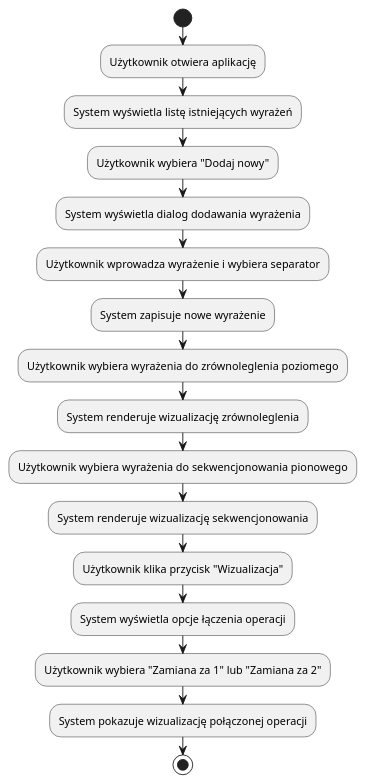
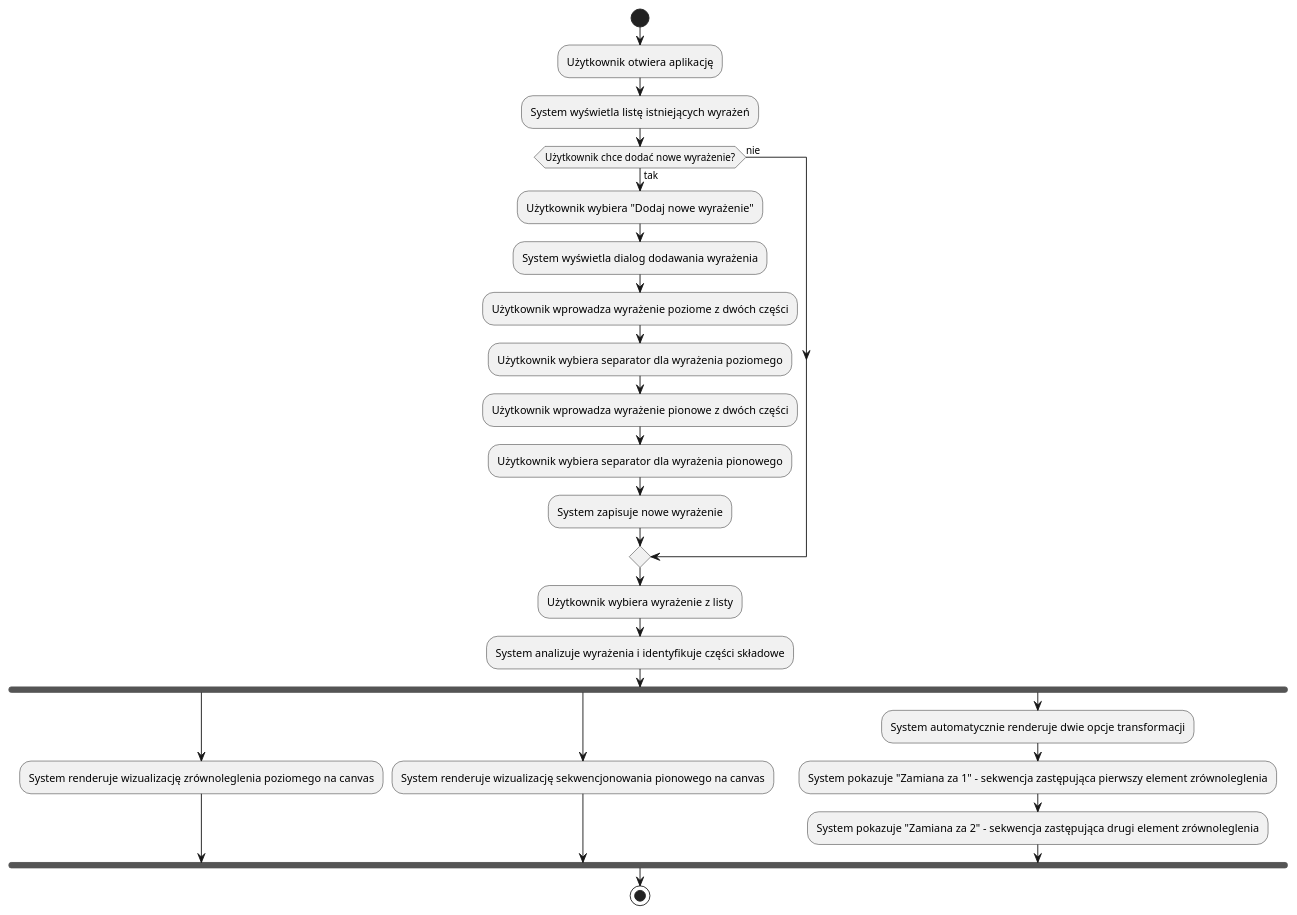
Before and after one commit to miluski/Uniterm: the diagram in documentation/diagrams/activity/diagram.wsd, drawn with PlantUML. The commit also changed 25 other files, not shown here.

```diff
--- a/documentation/diagrams/activity/diagram.wsd
+++ b/documentation/diagrams/activity/diagram.wsd
@@ -1,18 +1,29 @@
 @startuml
 start
 :Użytkownik otwiera aplikację;
 :System wyświetla listę istniejących wyrażeń;
-:Użytkownik wybiera "Dodaj nowy";
-:System wyświetla dialog dodawania wyrażenia;
-:Użytkownik wprowadza wyrażenie i wybiera separator;
-:System zapisuje nowe wyrażenie;
-:Użytkownik wybiera wyrażenia do zrównoleglenia poziomego;
-:System renderuje wizualizację zrównoleglenia;
-:Użytkownik wybiera wyrażenia do sekwencjonowania pionowego;
-:System renderuje wizualizację sekwencjonowania;
-:Użytkownik klika przycisk "Wizualizacja";
-:System wyświetla opcje łączenia operacji;
-:Użytkownik wybiera "Zamiana za 1" lub "Zamiana za 2";
-:System pokazuje wizualizację połączonej operacji;
+
+if (Użytkownik chce dodać nowe wyrażenie?) then (tak)
+  :Użytkownik wybiera "Dodaj nowe wyrażenie";
+  :System wyświetla dialog dodawania wyrażenia;
+  :Użytkownik wprowadza wyrażenie poziome z dwóch części;
+  :Użytkownik wybiera separator dla wyrażenia poziomego;
+  :Użytkownik wprowadza wyrażenie pionowe z dwóch części;
+  :Użytkownik wybiera separator dla wyrażenia pionowego;
+  :System zapisuje nowe wyrażenie;
+else (nie)
+endif
+ 
+:Użytkownik wybiera wyrażenie z listy;
+:System analizuje wyrażenia i identyfikuje części składowe;
+fork
+  :System renderuje wizualizację zrównoleglenia poziomego na canvas;
+fork again
+  :System renderuje wizualizację sekwencjonowania pionowego na canvas;
+fork again
+  :System automatycznie renderuje dwie opcje transformacji;
+  :System pokazuje "Zamiana za 1" - sekwencja zastępująca pierwszy element zrównoleglenia;
+  :System pokazuje "Zamiana za 2" - sekwencja zastępująca drugi element zrównoleglenia;
+end fork
 stop
 @enduml
```
